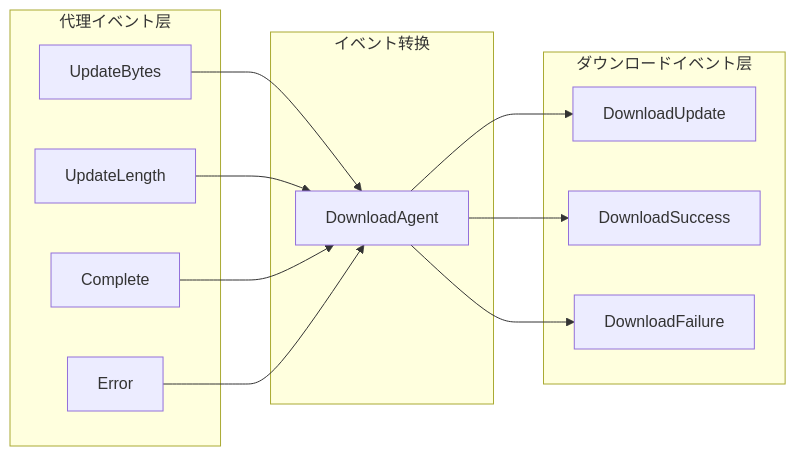
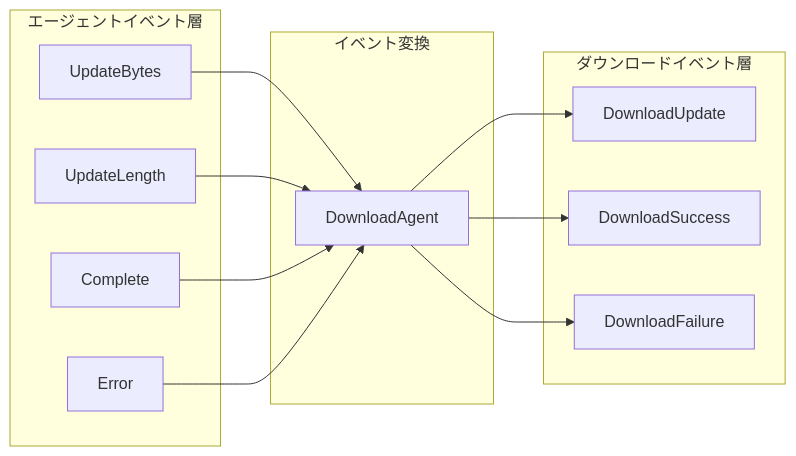
One commit to AlianBlank/GameFrameX.Docs changed the third of 3 diagrams in docs/ja/client/unity/component/download/14.agent-events.md. Above: the diagram before and after it, drawn with Mermaid. The commit also changed other lines of this file and 320 other files, not shown here.

````diff
--- a/docs/ja/client/unity/component/download/14.agent-events.md
+++ b/docs/ja/client/unity/component/download/14.agent-events.md
@@ -235,28 +235,28 @@
 ```mermaid
 flowchart LR
-    subgraph AgentLayer["代理イベント层"]
+    subgraph AgentLayer["エージェントイベント層"]
         A1[UpdateBytes]
         A2[UpdateLength]
         A3[Complete]
         A4[Error]
     end
 
-    subgraph Transform["イベント转换"]
+    subgraph Transform["イベント変換"]
         T[DownloadAgent]
     end
 
-    subgraph DownloadLayer["ダウンロードイベント层"]
+    subgraph DownloadLayer["ダウンロードイベント層"]
         D1[DownloadUpdate]
         D2[DownloadSuccess]
         D3[DownloadFailure]
     end
 
     A1 --> T
     A2 --> T
     A3 --> T
     A4 --> T
 
     T --> D1
     T --> D2
     T --> D3
 ```
````
